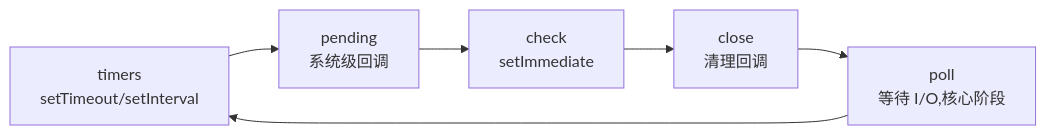
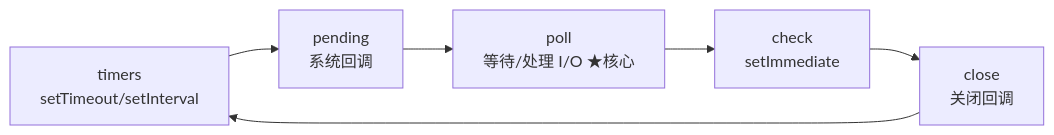
Before and after one commit to inspire-man/frontend-knowledge-base: the diagram in frontend-knowledge-base/卷九-Node.js与运行时/9.2-Node事件循环与异步IO.md, drawn with Mermaid. The commit also changed other lines of this file and 5 other files, not shown here.

````diff
--- a/frontend-knowledge-base/卷九-Node.js与运行时/9.2-Node事件循环与异步IO.md
+++ b/frontend-knowledge-base/卷九-Node.js与运行时/9.2-Node事件循环与异步IO.md
@@ -16,8 +16,8 @@
 ```mermaid
 flowchart LR
-    A[timers<br/>setTimeout/setInterval] --> B[pending<br/>系统级回调]
-    B --> C[check<br/>setImmediate]
-    C --> D[close<br/>清理回调]
-    D --> E[poll<br/>等待 I/O,核心阶段]
+    A[timers<br/>setTimeout/setInterval] --> B[pending<br/>系统回调]
+    B --> C[poll<br/>等待/处理 I/O ★核心]
+    C --> D[check<br/>setImmediate]
+    D --> E[close<br/>关闭回调]
     E --> A
 ```
````
